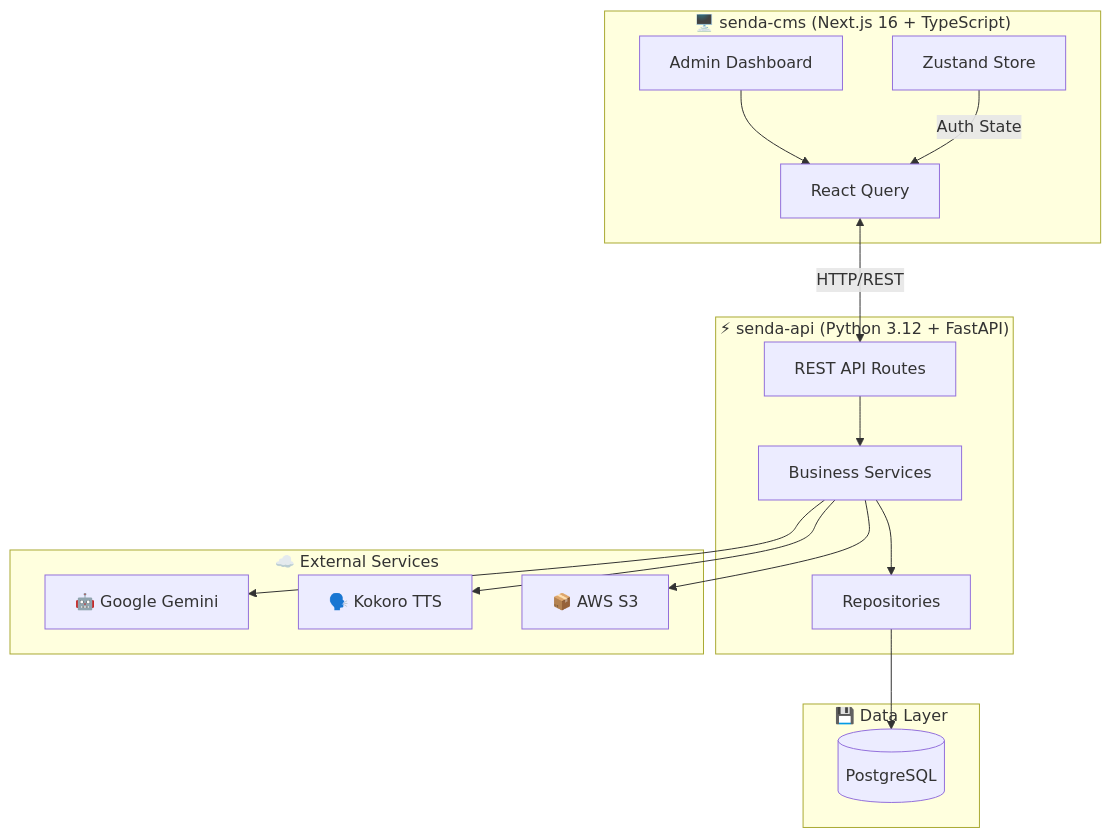
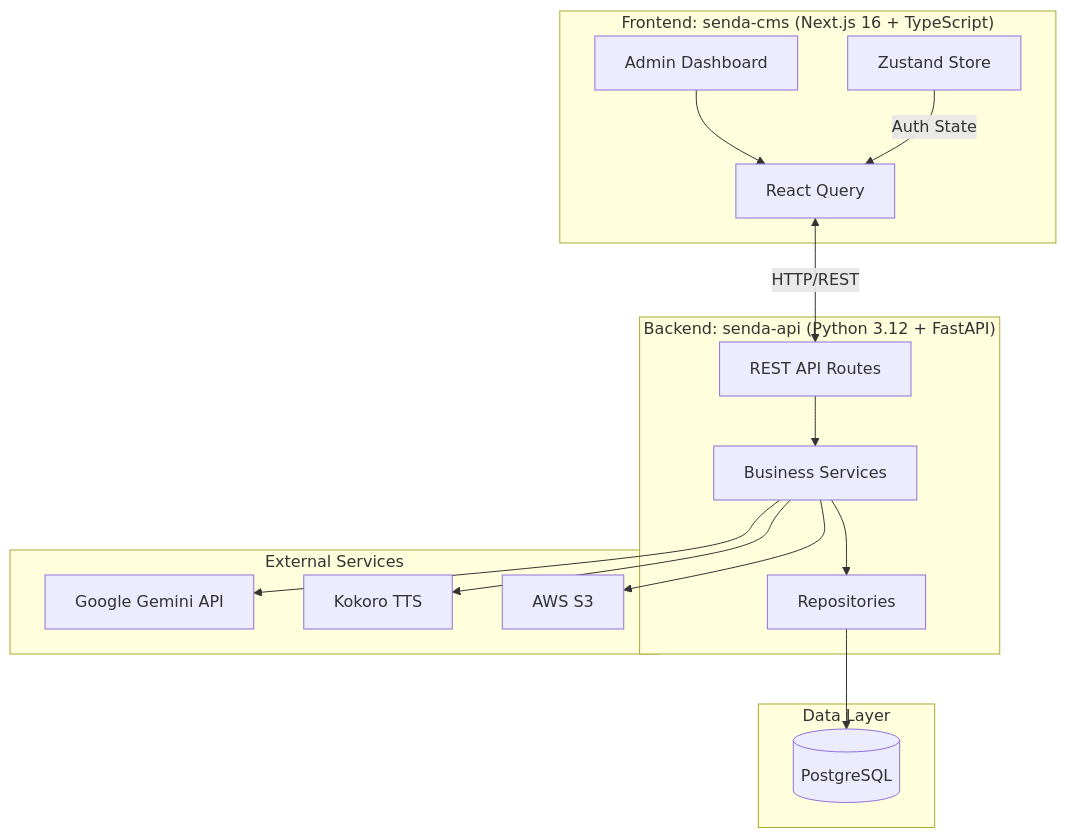
One commit to fariassdev/senda changed the diagram in README.md. Above: the diagram before and after it, drawn with Mermaid. The commit also changed other lines of this file and 1 other file, not shown here.

````diff
--- a/README.md
+++ b/README.md
@@ -18,34 +52,34 @@
 ```mermaid
 flowchart TB
-    subgraph CMS["🖥️ senda-cms (Next.js 16 + TypeScript)"]
+    subgraph CMS["Frontend: senda-cms (Next.js 16 + TypeScript)"]
         UI[Admin Dashboard]
         RQ[React Query]
         ZS[Zustand Store]
     end
 
-    subgraph API["⚡ senda-api (Python 3.12 + FastAPI)"]
+    subgraph API["Backend: senda-api (Python 3.12 + FastAPI)"]
         Routes[REST API Routes]
         Services[Business Services]
         Repos[Repositories]
     end
 
-    subgraph External["☁️ External Services"]
-        Gemini[🤖 Google Gemini]
-        Kokoro[🗣️ Kokoro TTS]
-        S3[📦 AWS S3]
+    subgraph External["External Services"]
+        Gemini["Google Gemini API"]
+        Kokoro["Kokoro TTS"]
+        S3["AWS S3"]
     end
 
-    subgraph Data["💾 Data Layer"]
+    subgraph Data["Data Layer"]
         PG[(PostgreSQL)]
     end
 
     UI --> RQ
     RQ <-->|HTTP/REST| Routes
     ZS -->|Auth State| RQ
     Routes --> Services
     Services --> Repos
     Repos --> PG
     Services --> Gemini
     Services --> Kokoro
     Services --> S3
 ```
````
